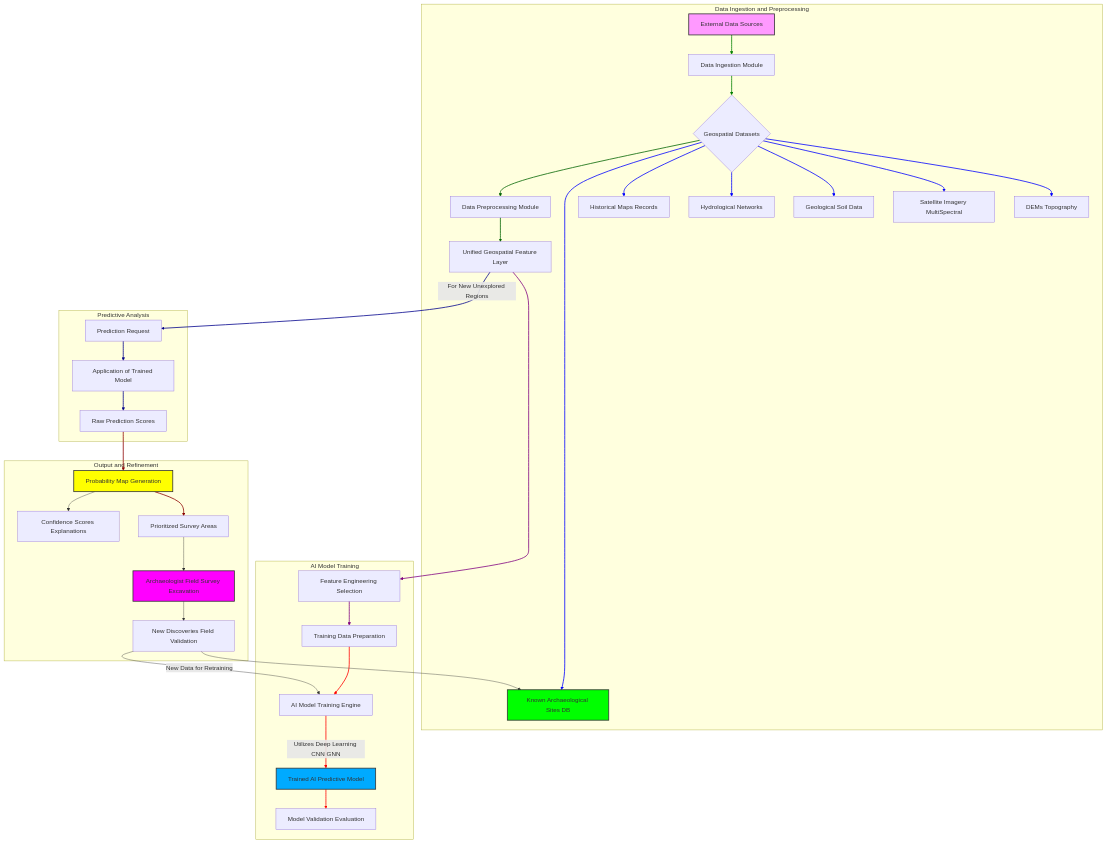
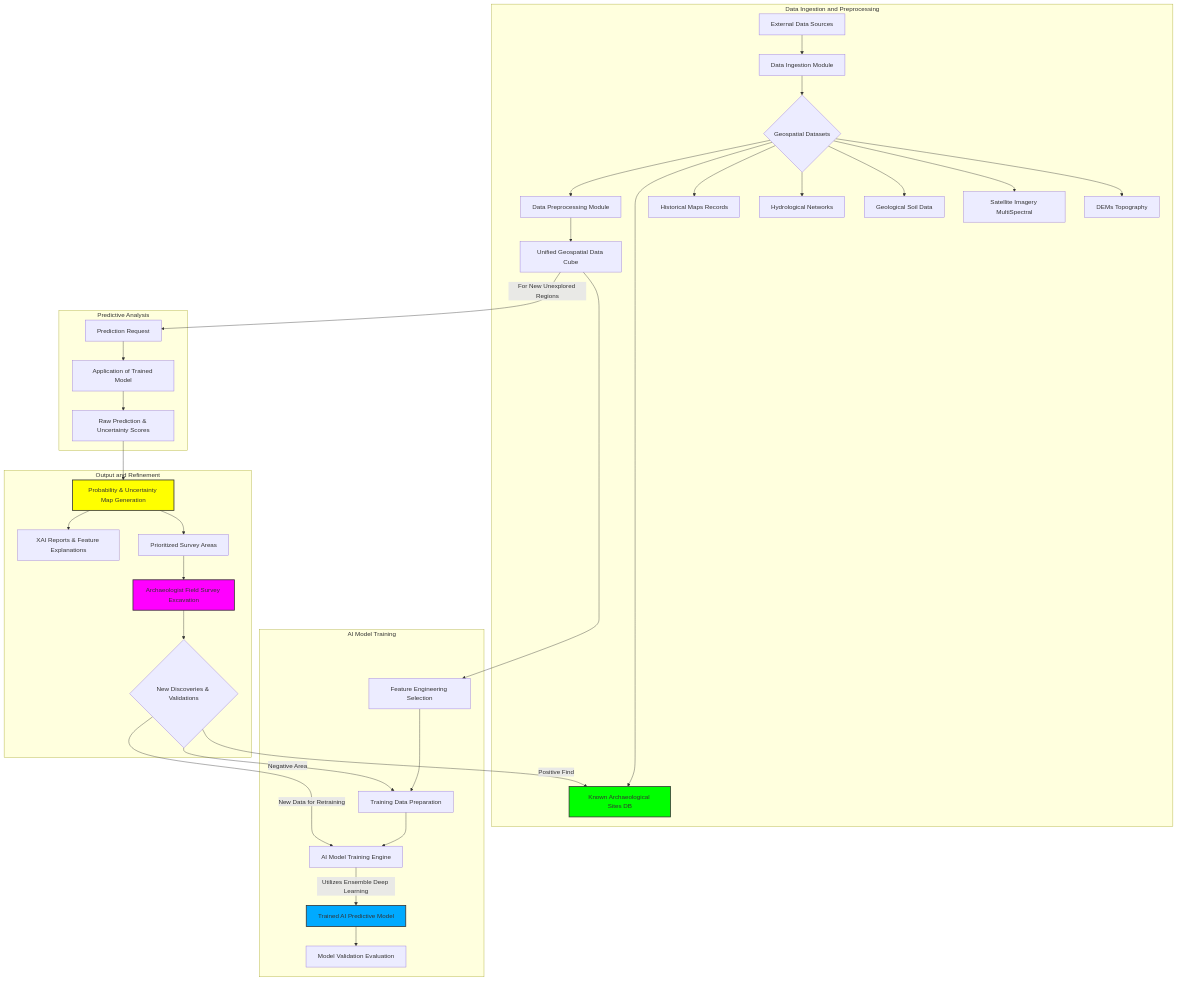
Before and after one commit to diplomat-bit/Citibank_Demo_Business_Inc_Demonstration-: the first of 10 diagrams in inventions/126_ai_archaeological_site_prediction.md, drawn with Mermaid. The commit also changed other lines of this file, not shown here.

Commit message:
[AI] Edit: inventions/126_ai_archaeological_site_prediction.md

````diff
--- a/inventions/126_ai_archaeological_site_prediction.md
+++ b/inventions/126_ai_archaeological_site_prediction.md
@@ -64,66 +387,45 @@
 ```mermaid
 graph TD
     subgraph Data Ingestion and Preprocessing
         A[External Data Sources] --> B[Data Ingestion Module];
         B --> C{Geospatial Datasets};
         C --> C1[DEMs Topography];
         C --> C2[Satellite Imagery MultiSpectral];
         C --> C3[Geological Soil Data];
         C --> C4[Hydrological Networks];
         C --> C5[Historical Maps Records];
         C --> C6[Known Archaeological Sites DB];
         C --> D[Data Preprocessing Module];
-        D --> E[Unified Geospatial Feature Layer];
+        D --> E[Unified Geospatial Data Cube];
     end
 
     subgraph AI Model Training
         E --> F[Feature Engineering Selection];
         F --> G[Training Data Preparation];
         G --> H[AI Model Training Engine];
-        H -- Utilizes Deep Learning CNN GNN --> I[Trained AI Predictive Model];
+        H -- Utilizes Ensemble Deep Learning --> I[Trained AI Predictive Model];
         I --> J[Model Validation Evaluation];
     end
 
     subgraph Predictive Analysis
         E -- For New Unexplored Regions --> K[Prediction Request];
         K --> L[Application of Trained Model];
-        L --> M[Raw Prediction Scores];
+        L --> M[Raw Prediction & Uncertainty Scores];
     end
 
     subgraph Output and Refinement
-        M --> N[Probability Map Generation];
+        M --> N[Probability & Uncertainty Map Generation];
         N --> O[Prioritized Survey Areas];
-        N --> P[Confidence Scores Explanations];
+        N --> P[XAI Reports & Feature Explanations];
         O --> Q[Archaeologist Field Survey Excavation];
-        Q --> R[New Discoveries Field Validation];
-        R --> C6;
+        Q --> R{New Discoveries & Validations};
+        R -- Positive Find --> C6;
+        R -- Negative Area --> G;
         R -- New Data for Retraining --> H;
     end
 
-    style A fill:#f9f,stroke:#333,stroke-width:2px
     style C6 fill:#0f0,stroke:#333,stroke-width:2px
     style I fill:#0af,stroke:#333,stroke-width:2px
     style N fill:#ff0,stroke:#333,stroke-width:2px
     style Q fill:#f0f,stroke:#333,stroke-width:2px
-
-    linkStyle 0 stroke-width:2px,fill:none,stroke:green;
-    linkStyle 1 stroke-width:2px,fill:none,stroke:green;
-    linkStyle 2 stroke-width:2px,fill:none,stroke:blue;
-    linkStyle 3 stroke-width:2px,fill:none,stroke:blue;
-    linkStyle 4 stroke-width:2px,fill:none,stroke:blue;
-    linkStyle 5 stroke-width:2px,fill:none,stroke:blue;
-    linkStyle 6 stroke-width:2px,fill:none,stroke:blue;
-    linkStyle 7 stroke-width:2px,fill:none,stroke:blue;
-    linkStyle 8 stroke-width:2px,fill:none,stroke:darkgreen;
-    linkStyle 9 stroke-width:2px,fill:none,stroke:darkgreen;
-    linkStyle 10 stroke-width:2px,fill:none,stroke:purple;
-    linkStyle 11 stroke-width:2px,fill:none,stroke:purple;
-    linkStyle 12 stroke-width:2px,fill:none,stroke:red;
-    linkStyle 13 stroke-width:2px,fill:none,stroke:red;
-    linkStyle 14 stroke-width:2px,fill:none,stroke:red;
-    linkStyle 15 stroke-width:2px,fill:none,stroke:darkblue;
-    linkStyle 16 stroke-width:2px,fill:none,stroke:darkblue;
-    linkStyle 17 stroke-width:2px,fill:none,stroke:darkblue;
-    linkStyle 18 stroke-width:2px,fill:none,stroke:darkred;
-    linkStyle 19 stroke-width:2px,fill:none,stroke:darkred;
 ```
````
